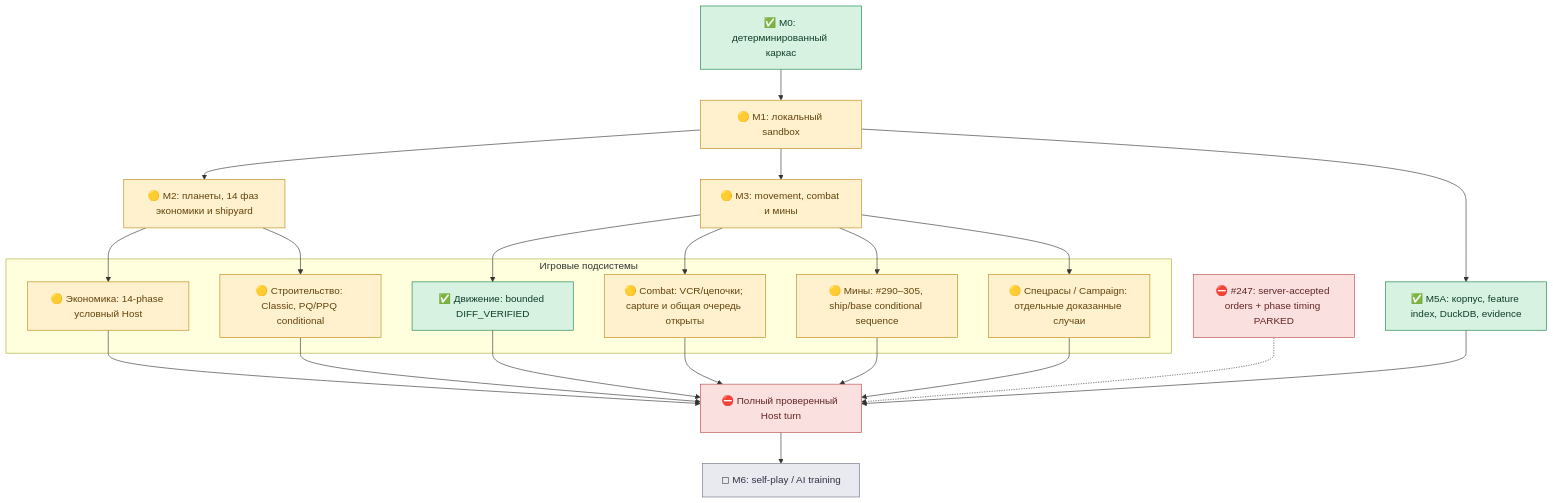
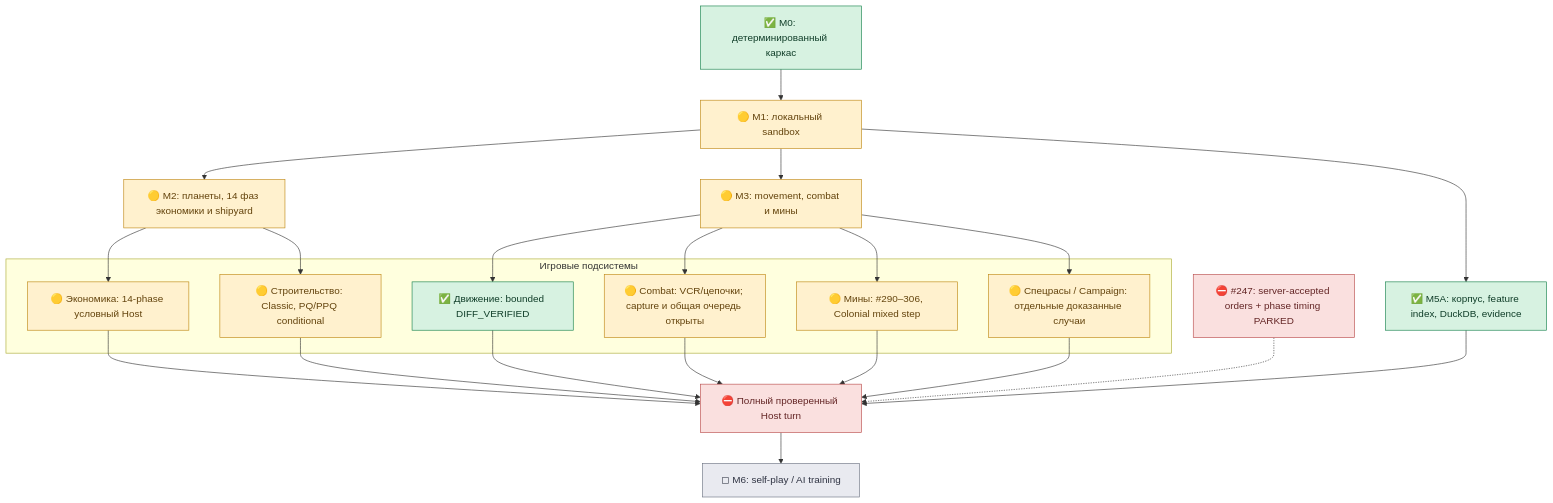
The first of 2 diagrams in docs/PROJECT_PROGRESS_MAP.md (Numillyash/planets-lab), drawn with Mermaid before and after one commit. The commit also changed other lines of this file and 6 other files, not shown here.

````diff
--- a/docs/PROJECT_PROGRESS_MAP.md
+++ b/docs/PROJECT_PROGRESS_MAP.md
@@ -19,41 +21,41 @@
 ```mermaid
 flowchart TB
     M0["✅ M0: детерминированный каркас"] --> M1["🟡 M1: локальный sandbox"]
     M1 --> M2["🟡 M2: планеты, 14 фаз экономики и shipyard"]
     M1 --> M3["🟡 M3: movement, combat и мины"]
     M1 --> M5["✅ M5A: корпус, feature index, DuckDB, evidence"]
 
     subgraph HostCore["Игровые подсистемы"]
       MOVE["✅ Движение: bounded DIFF_VERIFIED"]
       COMBAT["🟡 Combat: VCR/цепочки; capture и общая очередь открыты"]
       ECON["🟡 Экономика: 14-phase условный Host"]
       QUEUES["🟡 Строительство: Classic, PQ/PPQ conditional"]
-      MINES["🟡 Мины: #290–305, ship/base conditional sequence"]
+      MINES["🟡 Мины: #290–306, Colonial mixed step"]
       RACES["🟡 Спецрасы / Campaign: отдельные доказанные случаи"]
     end
     M2 --> ECON
     M2 --> QUEUES
     M3 --> MOVE
     M3 --> COMBAT
     M3 --> MINES
     M3 --> RACES
 
     MOVE --> INTEGRATION["⛔ Полный проверенный Host turn"]
     COMBAT --> INTEGRATION
     ECON --> INTEGRATION
     QUEUES --> INTEGRATION
     MINES --> INTEGRATION
     RACES --> INTEGRATION
     M5 --> INTEGRATION
     GAP["⛔ #247: server-accepted orders + phase timing PARKED"] -.-> INTEGRATION
     INTEGRATION --> AI["◻ M6: self-play / AI training"]
 
     classDef verified fill:#d7f2e1,stroke:#14804a,color:#103e29;
     classDef partial fill:#fff1ce,stroke:#be8713,color:#63430c;
     classDef blocked fill:#fae0df,stroke:#b94b4b,color:#642626;
     classDef future fill:#e9eaf0,stroke:#6b7180,color:#303443;
     class M0,M5,MOVE verified;
     class M1,M2,M3,COMBAT,ECON,QUEUES,MINES,RACES partial;
     class INTEGRATION,GAP blocked;
     class AI future;
 ```
````
